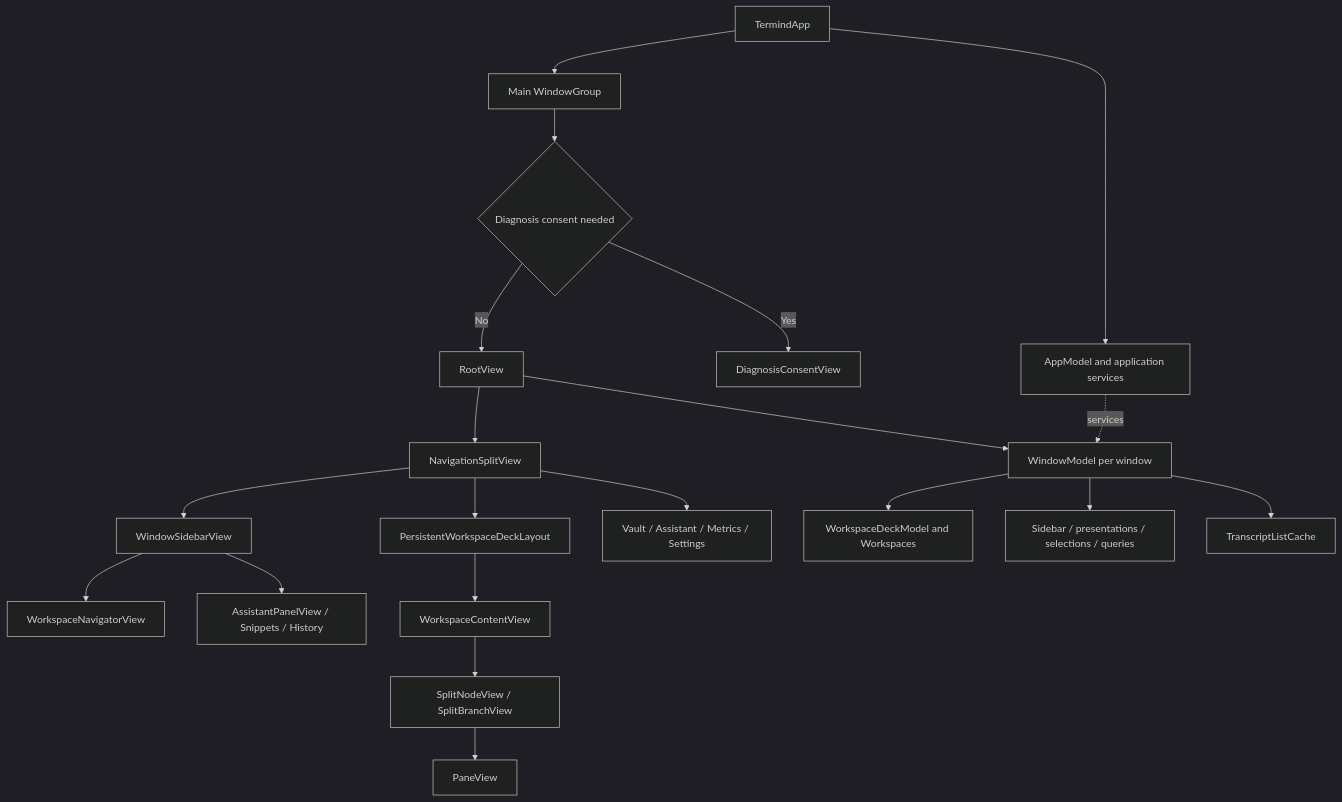
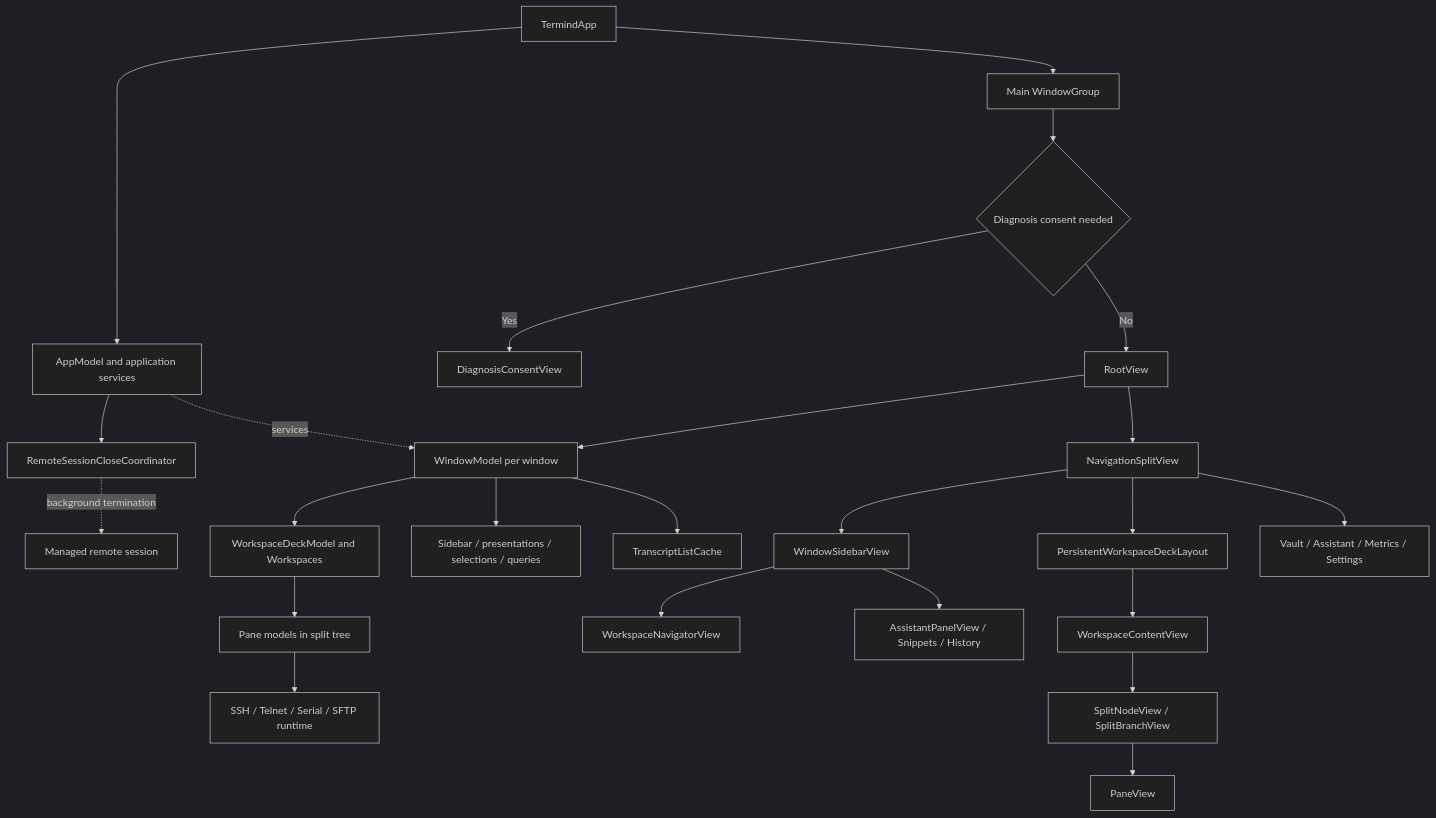
The first of 8 diagrams in openwiki/architecture/desktop-ui.md (AkinoKaede/Termind), drawn with Mermaid (dark theme) before and after one commit. The commit also changed other lines of this file and 68 other files, not shown here.

````diff
--- a/openwiki/architecture/desktop-ui.md
+++ b/openwiki/architecture/desktop-ui.md
@@ -111,22 +113,26 @@
 ```mermaid
 flowchart TD
     App[TermindApp] --> Shared[AppModel and application services]
     App --> Scene[Main WindowGroup]
     Scene --> Consent{"Diagnosis consent needed"}
     Consent -->|Yes| Diagnosis[DiagnosisConsentView]
     Consent -->|No| Root[RootView]
     Root --> Window[WindowModel per window]
     Root --> Shell[NavigationSplitView]
     Shell --> Sidebar[WindowSidebarView]
     Sidebar --> Navigator[WorkspaceNavigatorView]
     Sidebar --> Tools[AssistantPanelView / Snippets / History]
     Shell --> Deck[PersistentWorkspaceDeckLayout]
     Deck --> WorkspaceView[WorkspaceContentView]
     WorkspaceView --> Split[SplitNodeView / SplitBranchView]
     Split --> Pane[PaneView]
     Shell --> Destinations[Vault / Assistant / Metrics / Settings]
     Window --> WorkspaceModels[WorkspaceDeckModel and Workspaces]
+    WorkspaceModels --> PaneModels[Pane models in split tree]
+    PaneModels --> Sessions[SSH / Telnet / Serial / SFTP runtime]
+    Shared --> Cleanup[RemoteSessionCloseCoordinator]
+    Cleanup -. background termination .-> Remote[Managed remote session]
     Window --> UIState[Sidebar / presentations / selections / queries]
     Window --> Cache[TranscriptListCache]
     Shared -. services .-> Window
 ```
````
